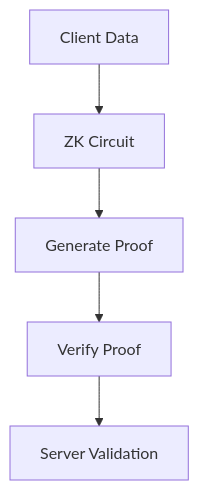
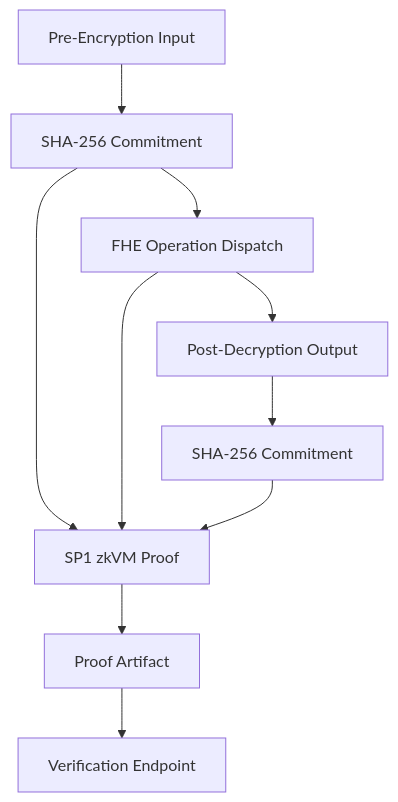
Before and after one commit to daggerstuff/pixelated: the first of 2 diagrams in src/content-store/docs/security/encryption.md, drawn with Mermaid. The commit also changed other lines of this file and 3 other files, not shown here.

First line of the commit message:
feat(zk): verification endpoint + threat model + docs update (PIX-4069)

````diff
--- a/src/content-store/docs/security/encryption.md
+++ b/src/content-store/docs/security/encryption.md
@@ -31,7 +41,12 @@
 ```mermaid
 graph TD
-    A[Client Data] --> B[ZK Circuit]
-    B --> C[Generate Proof]
-    C --> D[Verify Proof]
-    D --> E[Server Validation]
+    A[Pre-Encryption Input] --> B[SHA-256 Commitment]
+    B --> C[FHE Operation Dispatch]
+    C --> D[Post-Decryption Output]
+    D --> E[SHA-256 Commitment]
+    B --> F[SP1 zkVM Proof]
+    C --> F
+    E --> F
+    F --> G[Proof Artifact]
+    G --> H[Verification Endpoint]
 ```
````
